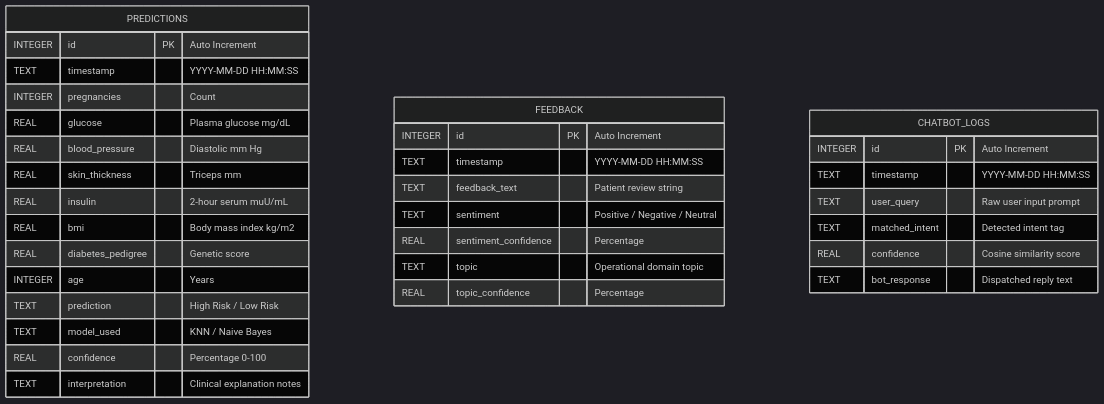
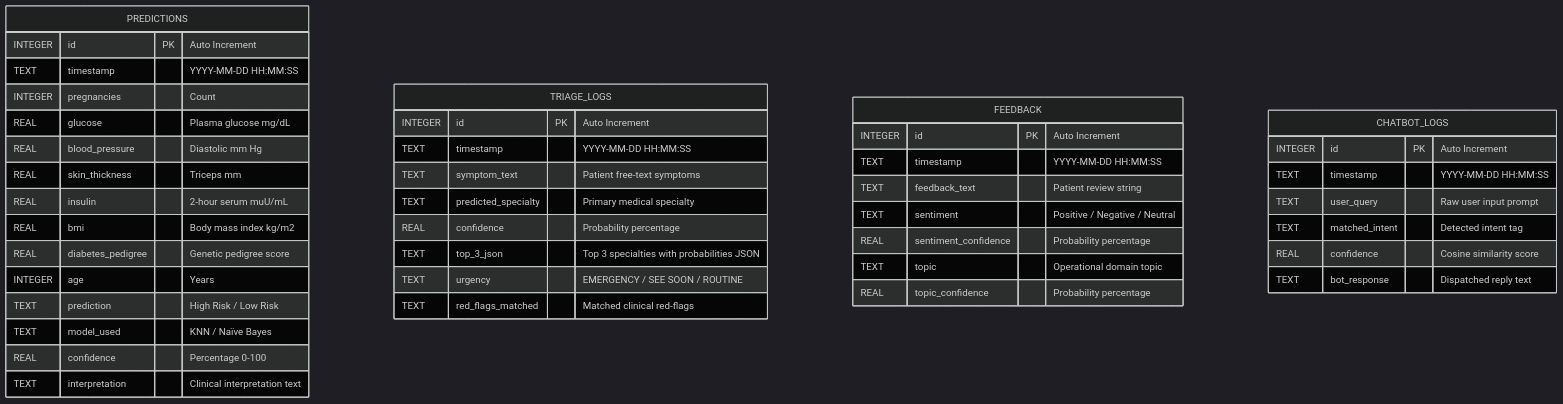
One commit to vishwapradhan23/MedIntel-AI changed the fourth of 4 diagrams in COMPLETE_PROJECT_REPORT.md. Above: the diagram before and after it, drawn with Mermaid (dark theme). The commit also changed other lines of this file and 28 other files, not shown here.

Commit message:
feat: add symptom triage with red-flag detection module

````diff
--- a/COMPLETE_PROJECT_REPORT.md
+++ b/COMPLETE_PROJECT_REPORT.md
@@ -335,38 +371,49 @@
 ```mermaid
 erDiagram
     PREDICTIONS {
         INTEGER id PK "Auto Increment"
         TEXT timestamp "YYYY-MM-DD HH:MM:SS"
         INTEGER pregnancies "Count"
         REAL glucose "Plasma glucose mg/dL"
         REAL blood_pressure "Diastolic mm Hg"
         REAL skin_thickness "Triceps mm"
         REAL insulin "2-hour serum muU/mL"
         REAL bmi "Body mass index kg/m2"
-        REAL diabetes_pedigree "Genetic score"
+        REAL diabetes_pedigree "Genetic pedigree score"
         INTEGER age "Years"
         TEXT prediction "High Risk / Low Risk"
-        TEXT model_used "KNN / Naive Bayes"
+        TEXT model_used "KNN / Naïve Bayes"
         REAL confidence "Percentage 0-100"
-        TEXT interpretation "Clinical explanation notes"
+        TEXT interpretation "Clinical interpretation text"
+    }
+
+    TRIAGE_LOGS {
+        INTEGER id PK "Auto Increment"
+        TEXT timestamp "YYYY-MM-DD HH:MM:SS"
+        TEXT symptom_text "Patient free-text symptoms"
+        TEXT predicted_specialty "Primary medical specialty"
+        REAL confidence "Probability percentage"
+        TEXT top_3_json "Top 3 specialties with probabilities JSON"
+        TEXT urgency "EMERGENCY / SEE SOON / ROUTINE"
+        TEXT red_flags_matched "Matched clinical red-flags"
     }
 
     FEEDBACK {
         INTEGER id PK "Auto Increment"
         TEXT timestamp "YYYY-MM-DD HH:MM:SS"
         TEXT feedback_text "Patient review string"
         TEXT sentiment "Positive / Negative / Neutral"
-        REAL sentiment_confidence "Percentage"
+        REAL sentiment_confidence "Probability percentage"
         TEXT topic "Operational domain topic"
-        REAL topic_confidence "Percentage"
+        REAL topic_confidence "Probability percentage"
     }
 
     CHATBOT_LOGS {
         INTEGER id PK "Auto Increment"
         TEXT timestamp "YYYY-MM-DD HH:MM:SS"
         TEXT user_query "Raw user input prompt"
         TEXT matched_intent "Detected intent tag"
         REAL confidence "Cosine similarity score"
         TEXT bot_response "Dispatched reply text"
     }
 ```
````
